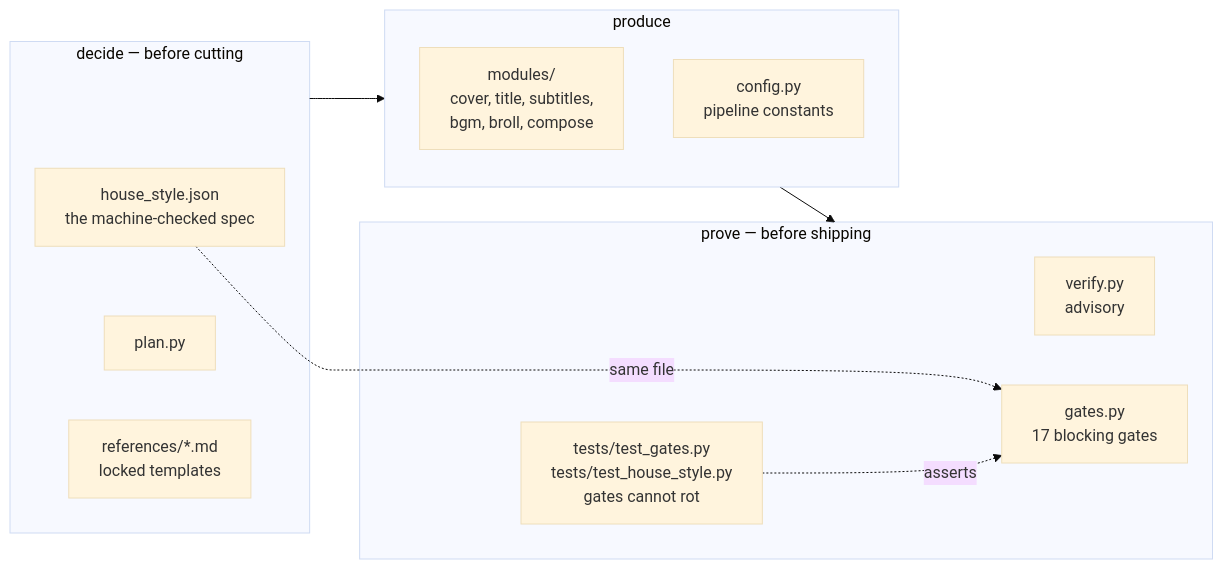
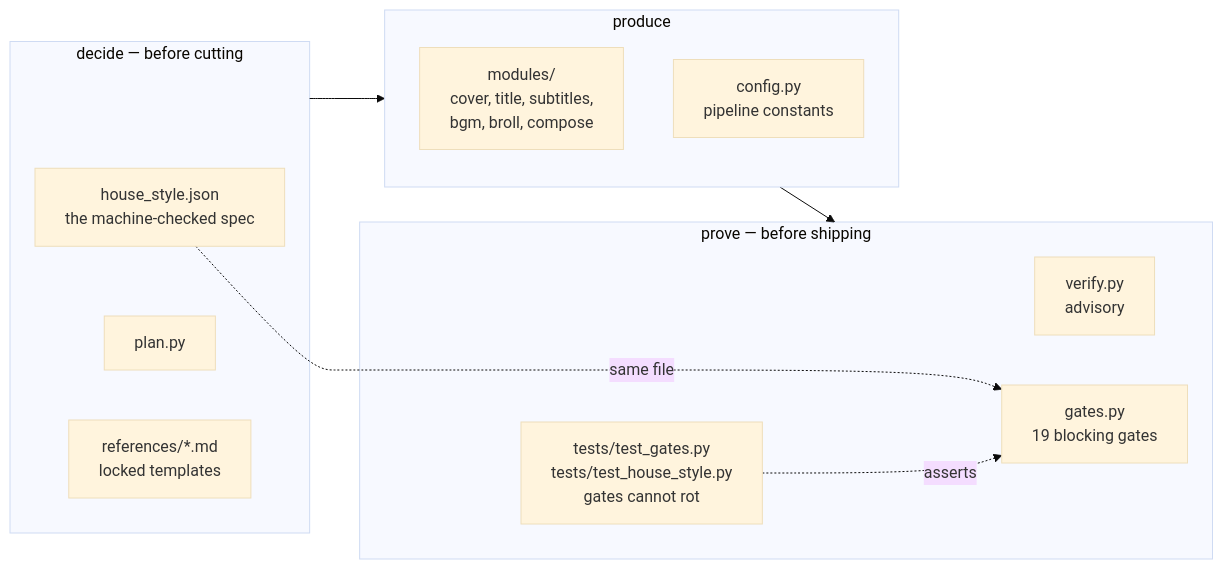
The second of 4 diagrams in skills/yiibu/ARCHITECTURE.md (chyiiiiiiiiiiii/yiibu), drawn with Mermaid (base theme) before and after one commit. The commit also changed other lines of this file and 11 other files, not shown here.

````diff
--- a/skills/yiibu/ARCHITECTURE.md
+++ b/skills/yiibu/ARCHITECTURE.md
@@ -92,20 +92,20 @@
 ```mermaid
 flowchart LR
     subgraph decide["decide — before cutting"]
         spec[house_style.json<br/>the machine-checked spec]
         plan[plan.py]
         refs[references/*.md<br/>locked templates]
     end
     subgraph produce["produce"]
         mods[modules/<br/>cover, title, subtitles,<br/>bgm, broll, compose]
         cfg[config.py<br/>pipeline constants]
     end
     subgraph prove["prove — before shipping"]
         verify[verify.py<br/>advisory]
-        gates[gates.py<br/>17 blocking gates]
+        gates[gates.py<br/>19 blocking gates]
         tests[tests/test_gates.py<br/>tests/test_house_style.py<br/>gates cannot rot]
     end
     decide --> produce --> prove
     spec -.same file.-> gates
     tests -.asserts.-> gates
 ```
````
